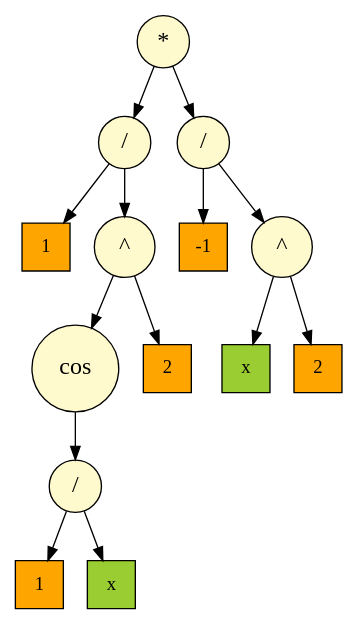
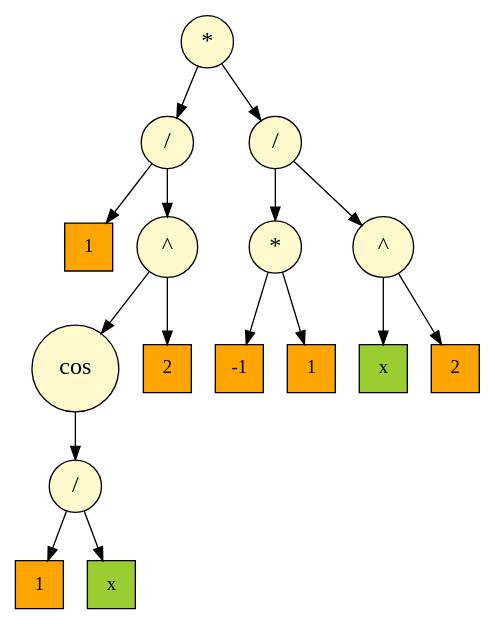
One commit to Shishqa/MIPT_1sem_C_lang changed the diagram in Projects/8.Differenciator/pic/pic_tmp/tempautogeneratedlog.gv. Above: the diagram before and after it, drawn with Graphviz. The commit also changed 14 other files, not shown here.

```diff
--- a/Projects/8.Differenciator/pic/pic_tmp/tempautogeneratedlog.gv
+++ b/Projects/8.Differenciator/pic/pic_tmp/tempautogeneratedlog.gv
@@ -1,32 +1,36 @@
 digraph dump
 {
 node [style = filled]
-	node0x5594478acec0 [shape = "circle" label = "*", fillcolor = "#fffacd", fontsize = 18]
-	node0x5594478acbc0 [shape = "circle" label = "/", fillcolor = "#fffacd", fontsize = 18]
-	node0x5594478aca00 [shape = "square" label = "1", fillcolor = "#ffa500"]
-	node0x5594478acbc0 -> node0x5594478aca00
-	node0x5594478acb80 [shape = "circle" label = "^", fillcolor = "#fffacd", fontsize = 18]
-	node0x5594478acb00 [shape = "circle" label = "cos", fillcolor = "#fffacd", fontsize = 18]
-	node0x5594478acac0 [shape = "circle" label = "/", fillcolor = "#fffacd", fontsize = 18]
-	node0x5594478aca40 [shape = "square" label = "1", fillcolor = "#ffa500"]
-	node0x5594478acac0 -> node0x5594478aca40
-	node0x5594478aca80 [shape = "square" label = "x", fillcolor = "#9acd32"]
-	node0x5594478acac0 -> node0x5594478aca80
-	node0x5594478acb00 -> node0x5594478acac0
-	node0x5594478acb80 -> node0x5594478acb00
-	node0x5594478acb40 [shape = "square" label = "2", fillcolor = "#ffa500"]
-	node0x5594478acb80 -> node0x5594478acb40
-	node0x5594478acbc0 -> node0x5594478acb80
-	node0x5594478acec0 -> node0x5594478acbc0
-	node0x5594478ace80 [shape = "circle" label = "/", fillcolor = "#fffacd", fontsize = 18]
-	node0x5594478acd80 [shape = "square" label = "-1", fillcolor = "#ffa500"]
-	node0x5594478ace80 -> node0x5594478acd80
-	node0x5594478ace40 [shape = "circle" label = "^", fillcolor = "#fffacd", fontsize = 18]
-	node0x5594478acdc0 [shape = "square" label = "x", fillcolor = "#9acd32"]
-	node0x5594478ace40 -> node0x5594478acdc0
-	node0x5594478ace00 [shape = "square" label = "2", fillcolor = "#ffa500"]
-	node0x5594478ace40 -> node0x5594478ace00
-	node0x5594478ace80 -> node0x5594478ace40
-	node0x5594478acec0 -> node0x5594478ace80
+	node0x55e9d0faaec0 [shape = "circle" label = "*", fillcolor = "#fffacd", fontsize = 18]
+	node0x55e9d0faabc0 [shape = "circle" label = "/", fillcolor = "#fffacd", fontsize = 18]
+	node0x55e9d0faaa00 [shape = "square" label = "1", fillcolor = "#ffa500"]
+	node0x55e9d0faabc0 -> node0x55e9d0faaa00
+	node0x55e9d0faab80 [shape = "circle" label = "^", fillcolor = "#fffacd", fontsize = 18]
+	node0x55e9d0faab00 [shape = "circle" label = "cos", fillcolor = "#fffacd", fontsize = 18]
+	node0x55e9d0faaac0 [shape = "circle" label = "/", fillcolor = "#fffacd", fontsize = 18]
+	node0x55e9d0faaa40 [shape = "square" label = "1", fillcolor = "#ffa500"]
+	node0x55e9d0faaac0 -> node0x55e9d0faaa40
+	node0x55e9d0faaa80 [shape = "square" label = "x", fillcolor = "#9acd32"]
+	node0x55e9d0faaac0 -> node0x55e9d0faaa80
+	node0x55e9d0faab00 -> node0x55e9d0faaac0
+	node0x55e9d0faab80 -> node0x55e9d0faab00
+	node0x55e9d0faab40 [shape = "square" label = "2", fillcolor = "#ffa500"]
+	node0x55e9d0faab80 -> node0x55e9d0faab40
+	node0x55e9d0faabc0 -> node0x55e9d0faab80
+	node0x55e9d0faaec0 -> node0x55e9d0faabc0
+	node0x55e9d0faae80 [shape = "circle" label = "/", fillcolor = "#fffacd", fontsize = 18]
+	node0x55e9d0faaf40 [shape = "circle" label = "*", fillcolor = "#fffacd", fontsize = 18]
+	node0x55e9d0faad80 [shape = "square" label = "-1", fillcolor = "#ffa500"]
+	node0x55e9d0faaf40 -> node0x55e9d0faad80
+	node0x55e9d0faaf80 [shape = "square" label = "1", fillcolor = "#ffa500"]
+	node0x55e9d0faaf40 -> node0x55e9d0faaf80
+	node0x55e9d0faae80 -> node0x55e9d0faaf40
+	node0x55e9d0faae40 [shape = "circle" label = "^", fillcolor = "#fffacd", fontsize = 18]
+	node0x55e9d0faadc0 [shape = "square" label = "x", fillcolor = "#9acd32"]
+	node0x55e9d0faae40 -> node0x55e9d0faadc0
+	node0x55e9d0faae00 [shape = "square" label = "2", fillcolor = "#ffa500"]
+	node0x55e9d0faae40 -> node0x55e9d0faae00
+	node0x55e9d0faae80 -> node0x55e9d0faae40
+	node0x55e9d0faaec0 -> node0x55e9d0faae80
 
 }
```
